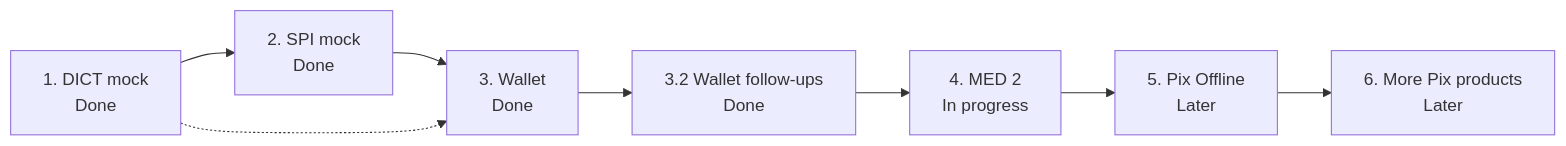
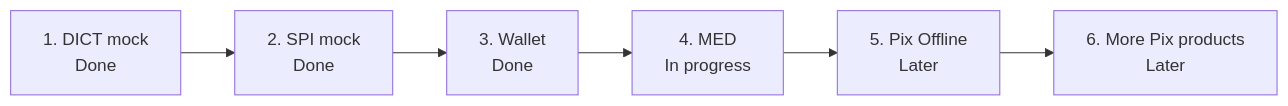
One commit to piovani/pix_fake changed the diagram in docs/roadmap.md. Above: the diagram before and after it, drawn with Mermaid. The commit also changed other lines of this file and 6 other files, not shown here.

````diff
--- a/docs/roadmap.md
+++ b/docs/roadmap.md
@@ -5,10 +5,8 @@
 ```mermaid
 flowchart LR
     P1["1. DICT mock<br/>Done"] --> P2["2. SPI mock<br/>Done"]
     P2 --> P3["3. Wallet<br/>Done"]
-    P3 --> P32["3.2 Wallet follow-ups<br/>Done"]
-    P32 --> P4["4. MED 2<br/>In progress"]
+    P3 --> P4["4. MED<br/>In progress"]
     P4 --> P5["5. Pix Offline<br/>Later"]
     P5 --> P6["6. More Pix products<br/>Later"]
-    P1 -.-> P3
 ```
````
